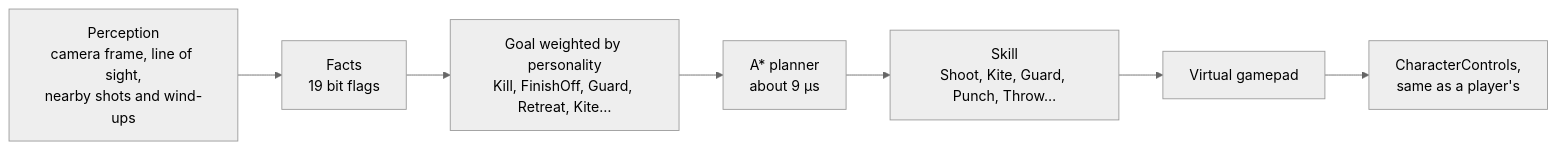
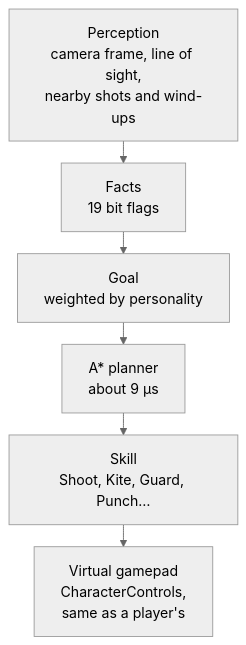
One commit to pndte/match-please changed the eighth of 8 diagrams in README.md. Above: the diagram before and after it, drawn with Mermaid (neutral theme). The commit also changed other lines of this file, not shown here.

````diff
--- a/README.md
+++ b/README.md
@@ -600,9 +637,14 @@
 ```mermaid
-flowchart LR
+---
+config:
+  flowchart:
+    htmlLabels: false
+    rankSpacing: 25
+---
+flowchart TB
     Sense["Perception<br/>camera frame, line of sight,<br/>nearby shots and wind-ups"] --> Facts["Facts<br/>19 bit flags"]
-    Facts --> Goal["Goal weighted by personality<br/>Kill, FinishOff, Guard, Retreat, Kite…"]
+    Facts --> Goal["Goal<br/>weighted by personality"]
     Goal --> Planner["A* planner<br/>about 9 µs"]
-    Planner --> Skill["Skill<br/>Shoot, Kite, Guard, Punch, Throw…"]
-    Skill --> Pad["Virtual gamepad"]
-    Pad --> Input["CharacterControls,<br/>same as a player's"]
+    Planner --> Skill["Skill<br/>Shoot, Kite, Guard, Punch…"]
+    Skill --> Pad["Virtual gamepad<br/>CharacterControls,<br/>same as a player's"]
 ```
````
